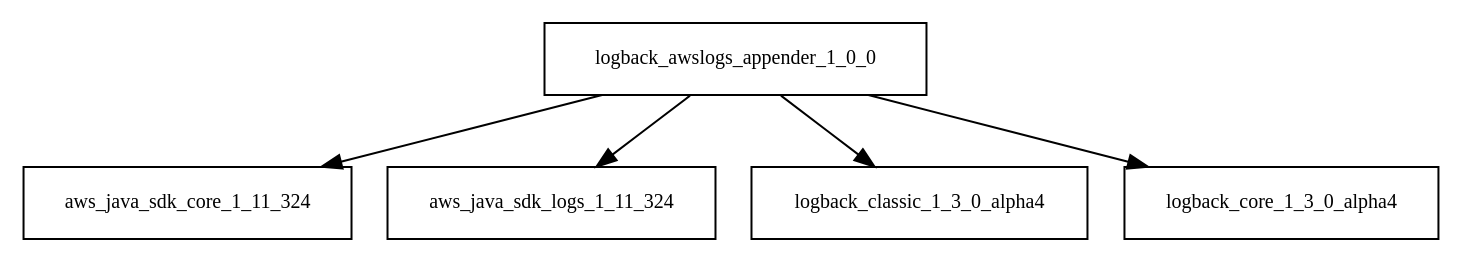
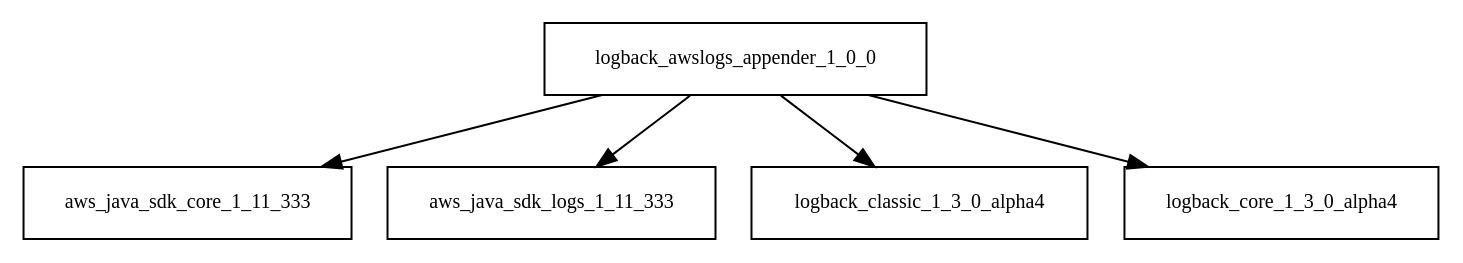
Before and after one commit to sjvs/cia: the diagram in tattleTaleReport/graphviz/logback-awslogs-appender-1.0.0.jar/logback-awslogs-appender-1.0.0.jar.dot, drawn with Graphviz. The commit also changed 1779 other files, not shown here.

```diff
--- a/tattleTaleReport/graphviz/logback-awslogs-appender-1.0.0.jar/logback-awslogs-appender-1.0.0.jar.dot
+++ b/tattleTaleReport/graphviz/logback-awslogs-appender-1.0.0.jar/logback-awslogs-appender-1.0.0.jar.dot
@@ -1,7 +1,7 @@
 digraph logback_awslogs_appender_1_0_0_dependencies {
   node [shape = box, fontsize=10.0];
-  logback_awslogs_appender_1_0_0 -> aws_java_sdk_core_1_11_324;
-  logback_awslogs_appender_1_0_0 -> aws_java_sdk_logs_1_11_324;
+  logback_awslogs_appender_1_0_0 -> aws_java_sdk_core_1_11_333;
+  logback_awslogs_appender_1_0_0 -> aws_java_sdk_logs_1_11_333;
   logback_awslogs_appender_1_0_0 -> logback_classic_1_3_0_alpha4;
   logback_awslogs_appender_1_0_0 -> logback_core_1_3_0_alpha4;
 }
```
